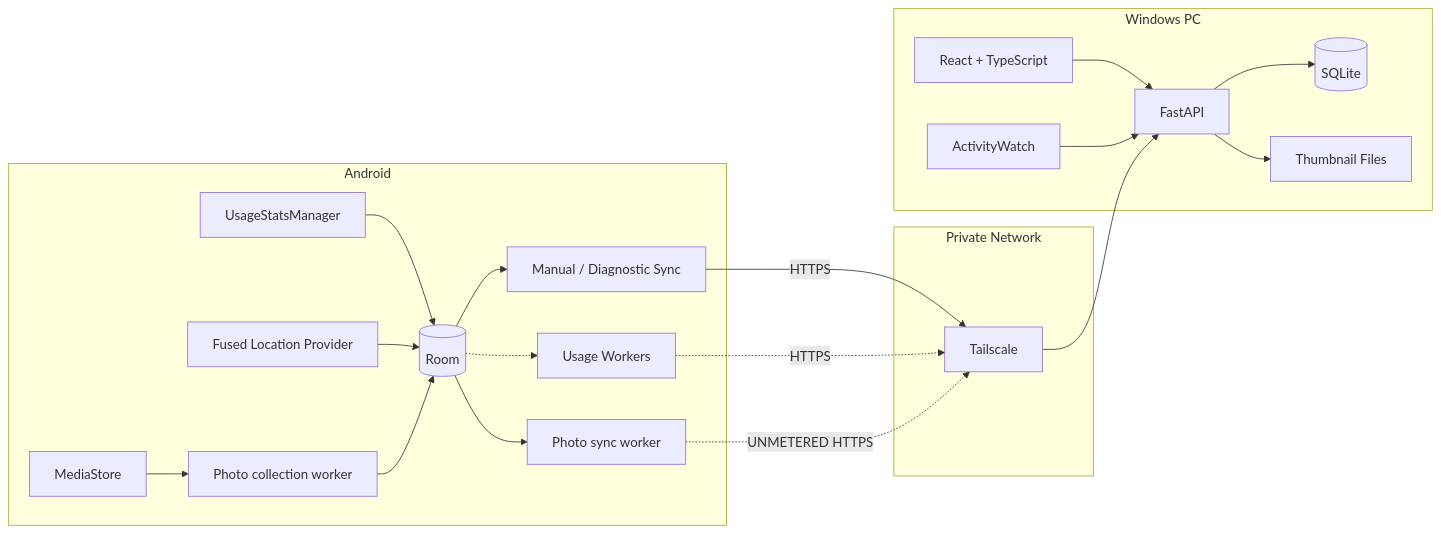
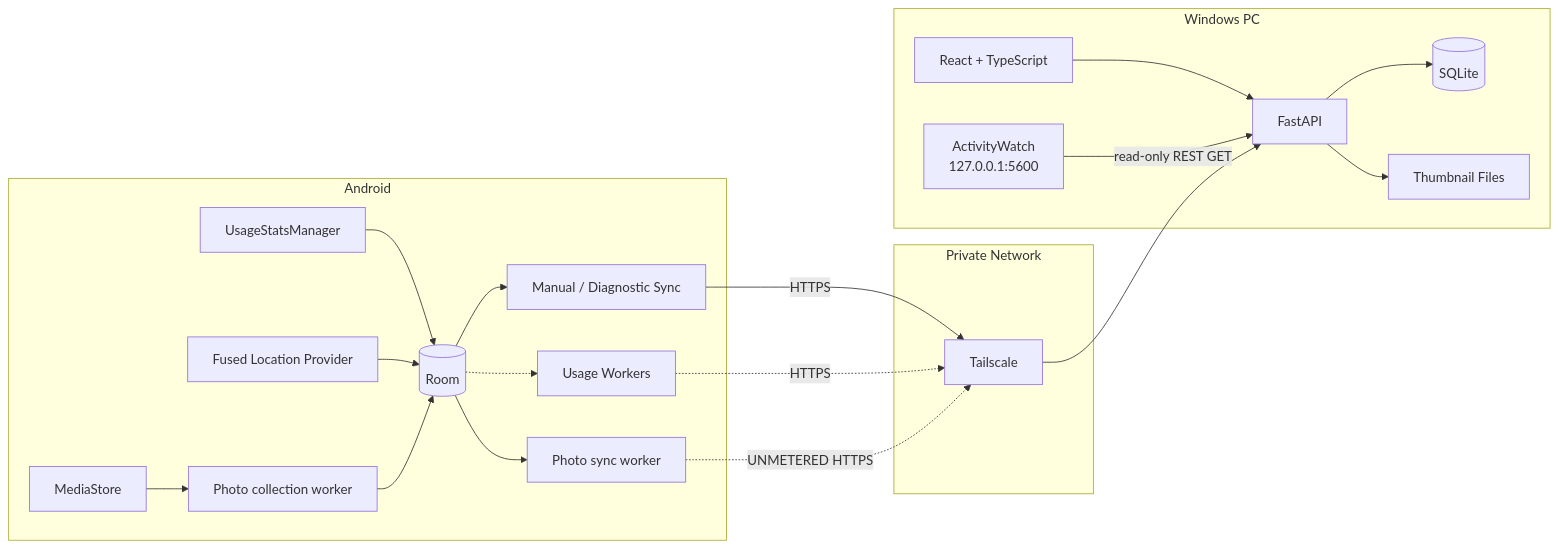
The first of 3 diagrams in docs/architecture.md (Megane14916/life-timeline), drawn with Mermaid before and after one commit. The commit also changed other lines of this file and 7 other files, not shown here.

````diff
--- a/docs/architecture.md
+++ b/docs/architecture.md
@@ -11,43 +11,43 @@
 ```mermaid
 flowchart LR
     subgraph Android["Android"]
         US[UsageStatsManager]
         MS[MediaStore]
         LOC[Fused Location Provider]
         ROOM[(Room)]
         MSYNC[Manual / Diagnostic Sync]
         WM[Usage Workers]
         PHOTO[Photo collection worker]
         PSYNC[Photo sync worker]
 
         US --> ROOM
         LOC --> ROOM
         MS --> PHOTO
         PHOTO --> ROOM
         ROOM --> MSYNC
         ROOM -.-> WM
         ROOM --> PSYNC
     end
 
     subgraph Network["Private Network"]
         TS[Tailscale]
     end
 
     subgraph Windows["Windows PC"]
         API[FastAPI]
         DB[(SQLite)]
         FS[Thumbnail Files]
         WEB[React + TypeScript]
-        AW[ActivityWatch]
+        AW[ActivityWatch<br/>127.0.0.1:5600]
 
         API --> DB
         API --> FS
         WEB --> API
-        AW --> API
+        AW -->|read-only REST GET| API
     end
 
     MSYNC -->|HTTPS| TS
     WM -.->|HTTPS| TS
     PSYNC -.->|UNMETERED HTTPS| TS
     TS --> API
 ```
````
